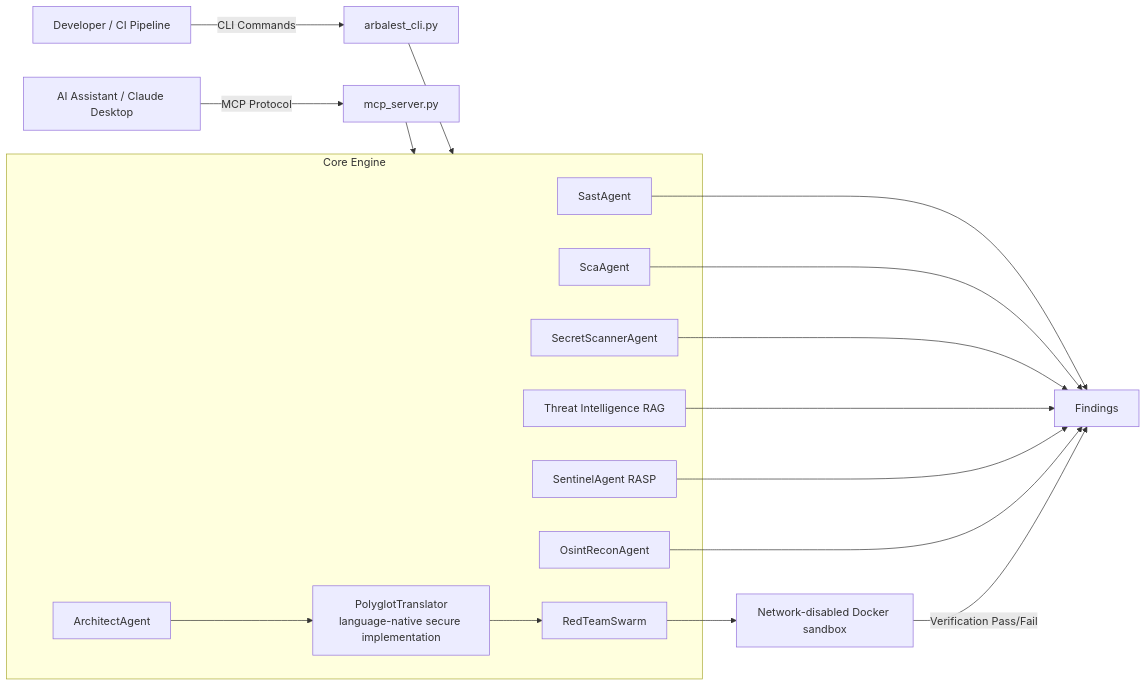
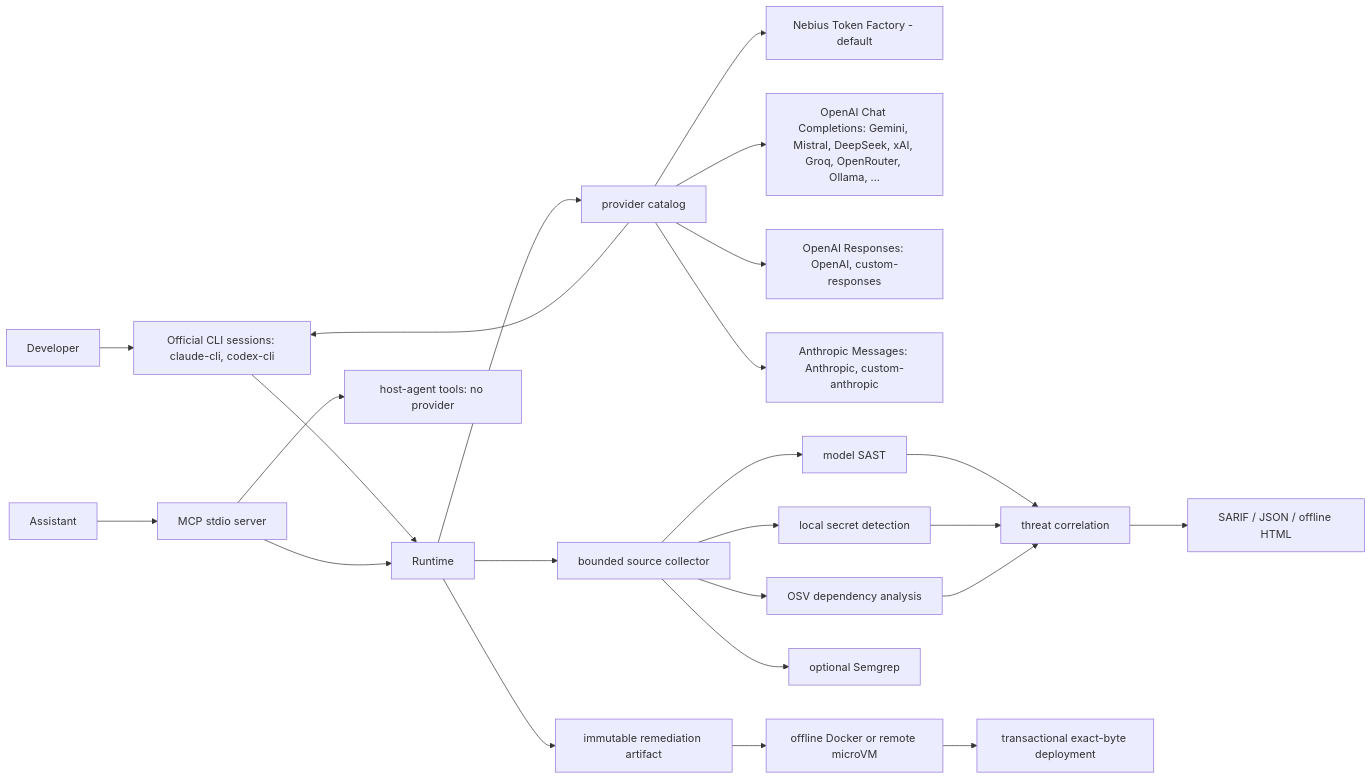
The first of 2 diagrams in docs/architecture.md (Cholarajarp/Arbalest), drawn with Mermaid before and after one commit. The commit also changed other lines of this file and 164 other files, not shown here.

````diff
--- a/docs/architecture.md
+++ b/docs/architecture.md
@@ -7,32 +7,26 @@
 ```mermaid
 flowchart LR
-    User[Developer / CI Pipeline] -->|CLI Commands| CLI[arbalest_cli.py]
-    Client[AI Assistant / Claude Desktop] -->|MCP Protocol| MCPServer[mcp_server.py]
-    
-    CLI --> CoreEngine
-    MCPServer --> CoreEngine
-    
-    subgraph CoreEngine [Core Engine]
-        Threat[Threat Intelligence RAG]
-        Architect[ArchitectAgent]
-        Translator[PolyglotTranslator\nlanguage-native secure implementation]
-        RedTeam[RedTeamSwarm]
-        Sast[SastAgent]
-        Sca[ScaAgent]
-        Secret[SecretScannerAgent]
-        Sentinel[SentinelAgent RASP]
-        Osint[OsintReconAgent]
-    end
-    
-    Sast --> Findings
-    Sca --> Findings
-    Secret --> Findings
-    Threat --> Findings
-    Sentinel --> Findings
-    Osint --> Findings
-    
-    Architect --> Translator
-    Translator --> RedTeam
-    RedTeam --> Sandbox[Network-disabled Docker sandbox]
-    Sandbox -->|Verification Pass/Fail| Findings
+    Developer --> CLI[arbalest CLI]
+    Assistant --> MCP[MCP stdio server]
+    CLI --> Runtime
+    MCP --> Runtime
+    Runtime --> Catalog[provider catalog]
+    Catalog --> Nebius[Nebius Token Factory - default]
+    Catalog --> Chat[OpenAI Chat Completions: Gemini, Mistral, DeepSeek, xAI, Groq, OpenRouter, Ollama, ...]
+    Catalog --> Responses[OpenAI Responses: OpenAI, custom-responses]
+    Catalog --> Messages[Anthropic Messages: Anthropic, custom-anthropic]
+    Catalog --> CLI[Official CLI sessions: claude-cli, codex-cli]
+    MCP --> HostAgent[host-agent tools: no provider]
+    Runtime --> Recon[bounded source collector]
+    Recon --> Secret[local secret detection]
+    Recon --> SAST[model SAST]
+    Recon --> SCA[OSV dependency analysis]
+    Recon --> Semgrep[optional Semgrep]
+    SAST --> Correlator[threat correlation]
+    Secret --> Correlator
+    SCA --> Correlator
+    Correlator --> Reports[SARIF / JSON / offline HTML]
+    Runtime --> Artifact[immutable remediation artifact]
+    Artifact --> Sandbox[offline Docker or remote microVM]
+    Sandbox --> Deploy[transactional exact-byte deployment]
 ```
````
